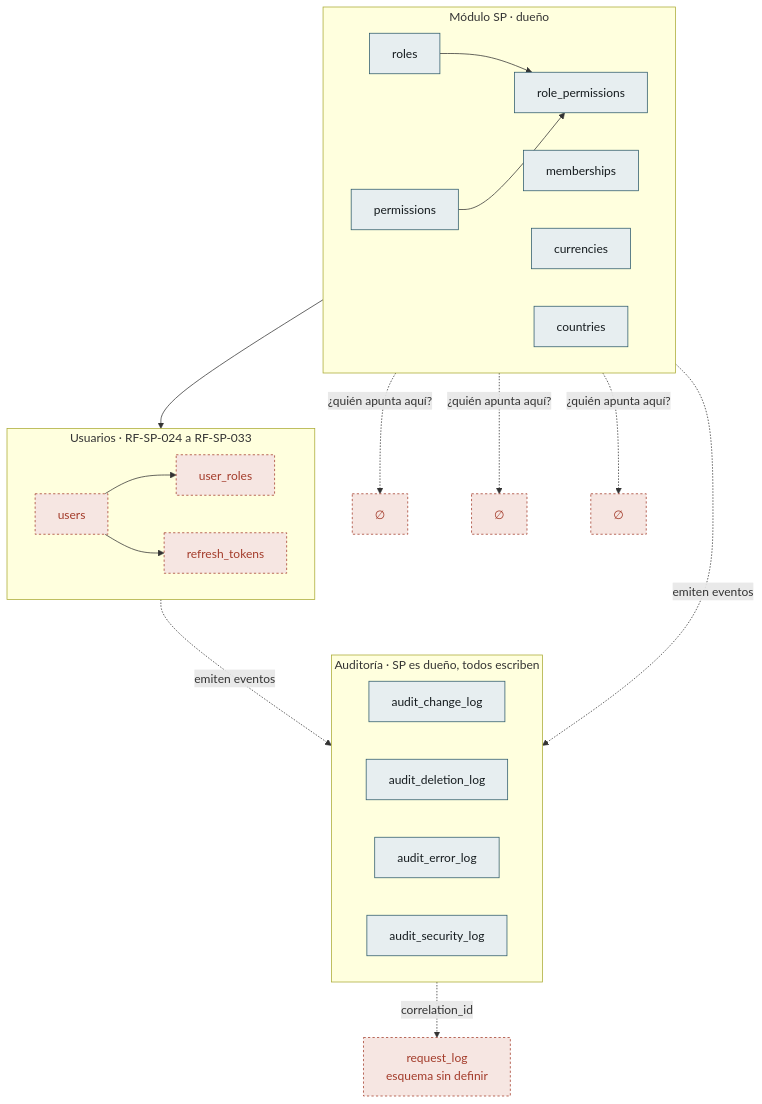
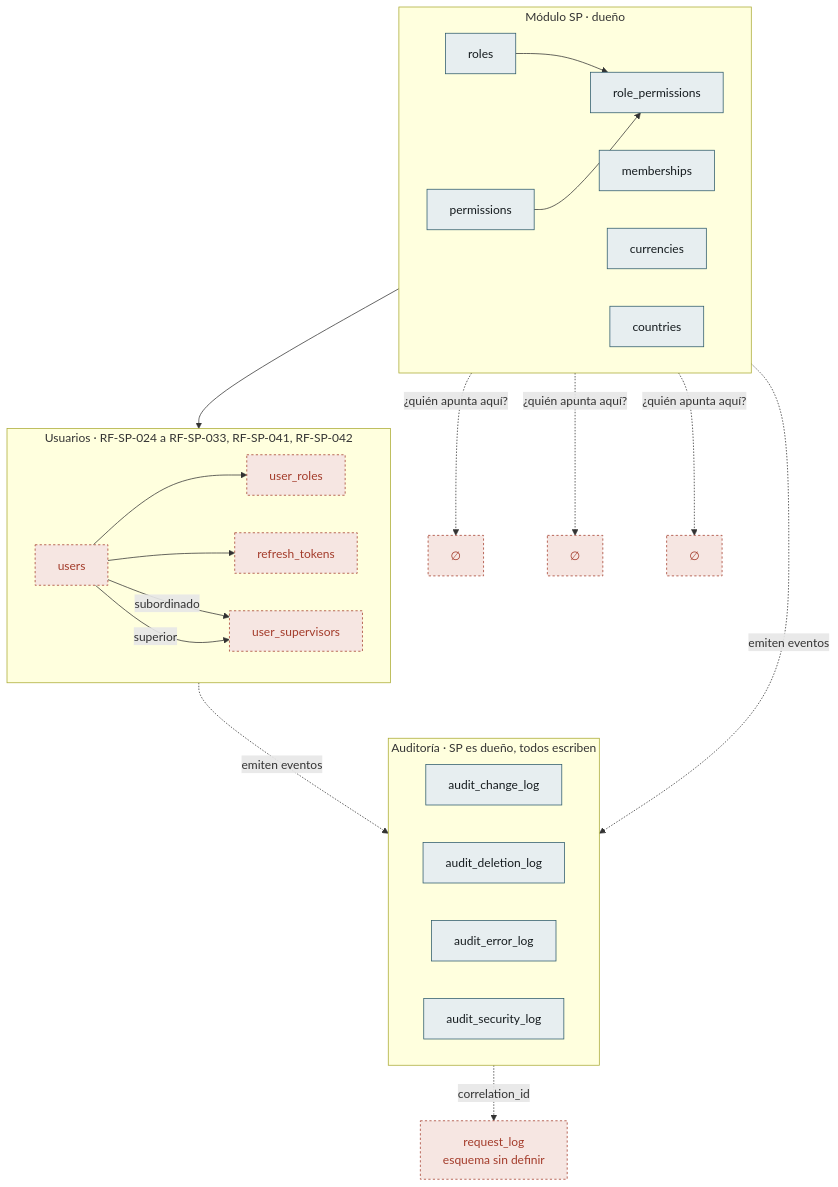
Before and after one commit to NexusPro-Dev/backend: the fourth of 4 diagrams in docs/modelo-datos.md, drawn with Mermaid. The commit also changed other lines of this file and 53 other files, not shown here.

````diff
--- a/docs/modelo-datos.md
+++ b/docs/modelo-datos.md
@@ -249,47 +274,50 @@
 ```mermaid
 flowchart TB
     subgraph SP["Módulo SP · dueño"]
         direction LR
         A1["roles"]
         A2["permissions"]
         A3["role_permissions"]
         A4["memberships"]
         A5["currencies"]
         A6["countries"]
     end
 
     subgraph AUD["Auditoría · SP es dueño, todos escriben"]
         direction LR
         B1["audit_change_log"]
         B2["audit_deletion_log"]
         B3["audit_error_log"]
         B4["audit_security_log"]
     end
 
-    subgraph USRS["Usuarios · RF-SP-024 a RF-SP-033"]
+    subgraph USRS["Usuarios · RF-SP-024 a RF-SP-033, RF-SP-041, RF-SP-042"]
         direction LR
         C1["users"]
         C2["user_roles"]
         C3["refresh_tokens"]
+        C4["user_supervisors"]
     end
 
     OBS["request_log<br/>esquema sin definir"]
 
     A1 --> A3
     A2 --> A3
     C1 --> C2
     A1 --> C2
     C1 --> C3
+    C1 -->|"subordinado"| C4
+    C1 -->|"superior"| C4
     SP -.->|"emiten eventos"| AUD
     USRS -.->|"emiten eventos"| AUD
     AUD -.->|"correlation_id"| OBS
 
     A4 -.->|"¿quién apunta aquí?"| Q1["∅"]
     A5 -.->|"¿quién apunta aquí?"| Q2["∅"]
     A6 -.->|"¿quién apunta aquí?"| Q3["∅"]
 
     classDef sp fill:#e7eef0,stroke:#2d5a6b,color:#151b1e
     classDef pend fill:#f6e6e2,stroke:#a33b2a,stroke-dasharray:3 3,color:#a33b2a
     class A1,A2,A3,A4,A5,A6,B1,B2,B3,B4 sp
-    class Q1,Q2,Q3,OBS,C1,C2,C3 pend
+    class Q1,Q2,Q3,OBS,C1,C2,C3,C4 pend
 ```
````
